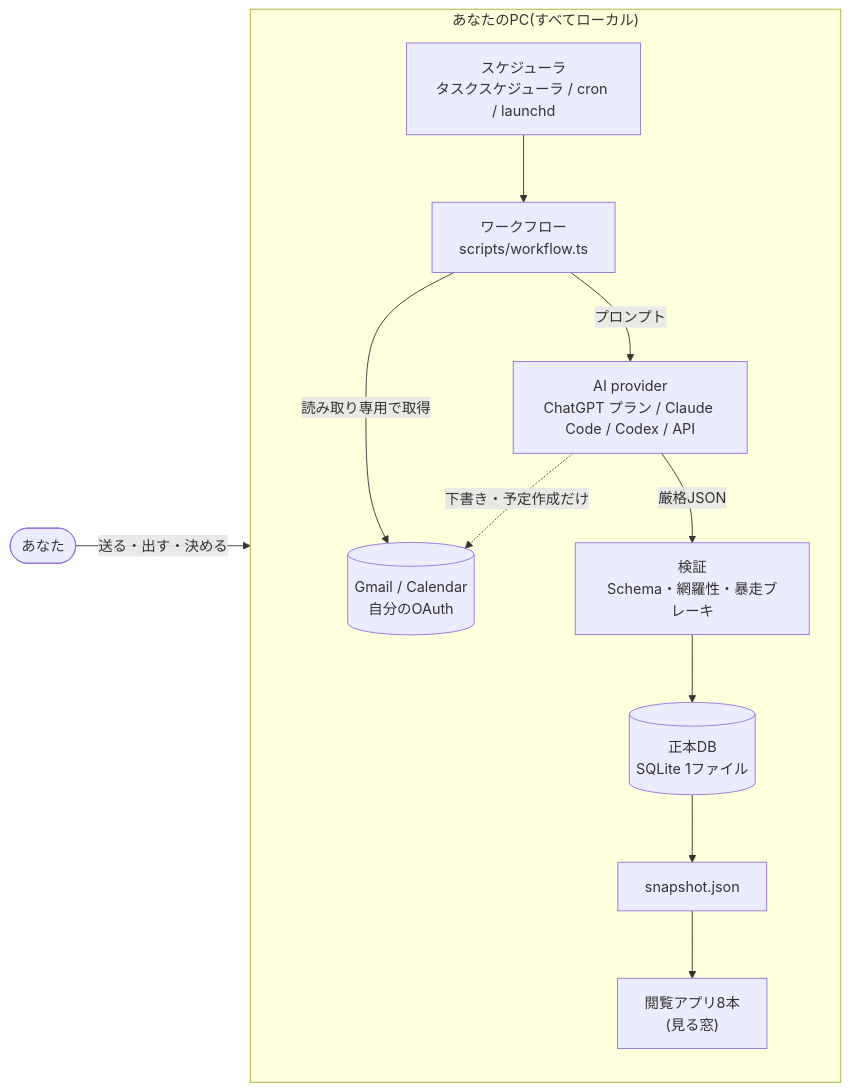
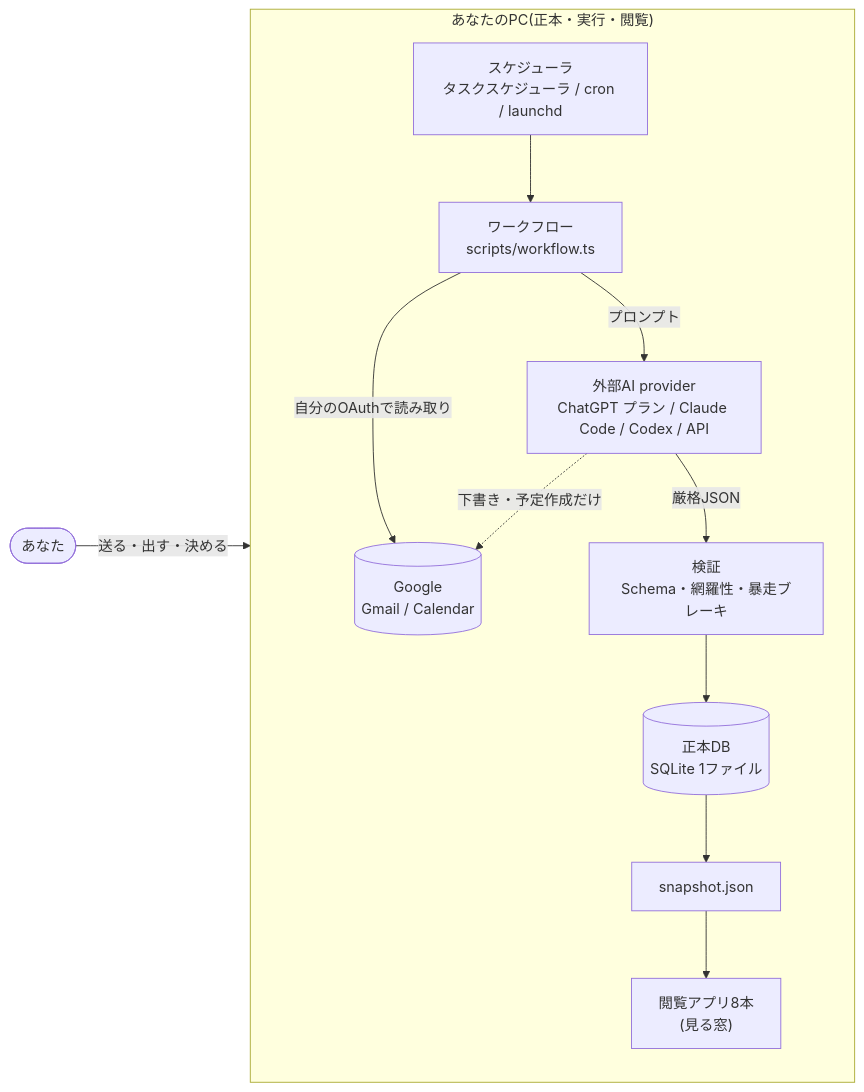
Before and after one commit to kokotatan/katazuku-shukatsu: the diagram in README.md, drawn with Mermaid. The commit also changed other lines of this file and 31 other files, not shown here.

````diff
--- a/README.md
+++ b/README.md
@@ -61,14 +65,16 @@
 ```mermaid
 flowchart LR
-  subgraph PC["あなたのPC(すべてローカル)"]
+  G[("Google<br/>Gmail / Calendar")]
+  A["外部AI provider<br/>ChatGPT プラン / Claude Code / Codex / API"]
+  subgraph PC["あなたのPC(正本・実行・閲覧)"]
     direction TB
     S["スケジューラ<br/>タスクスケジューラ / cron / launchd"] --> W["ワークフロー<br/>scripts/workflow.ts"]
-    W -->|読み取り専用で取得| G[("Gmail / Calendar<br/>自分のOAuth")]
-    W -->|プロンプト| A["AI provider<br/>ChatGPT プラン / Claude Code / Codex / API"]
+    W -->|自分のOAuthで読み取り| G
+    W -->|プロンプト| A
     A -->|厳格JSON| V["検証<br/>Schema・網羅性・暴走ブレーキ"]
     V --> DB[("正本DB<br/>SQLite 1ファイル")]
     DB --> SNAP["snapshot.json"] --> APPS["閲覧アプリ8本<br/>(見る窓)"]
     A -.->|下書き・予定作成だけ| G
   end
   YOU(["あなた"]) -->|送る・出す・決める| G
 ```
````
